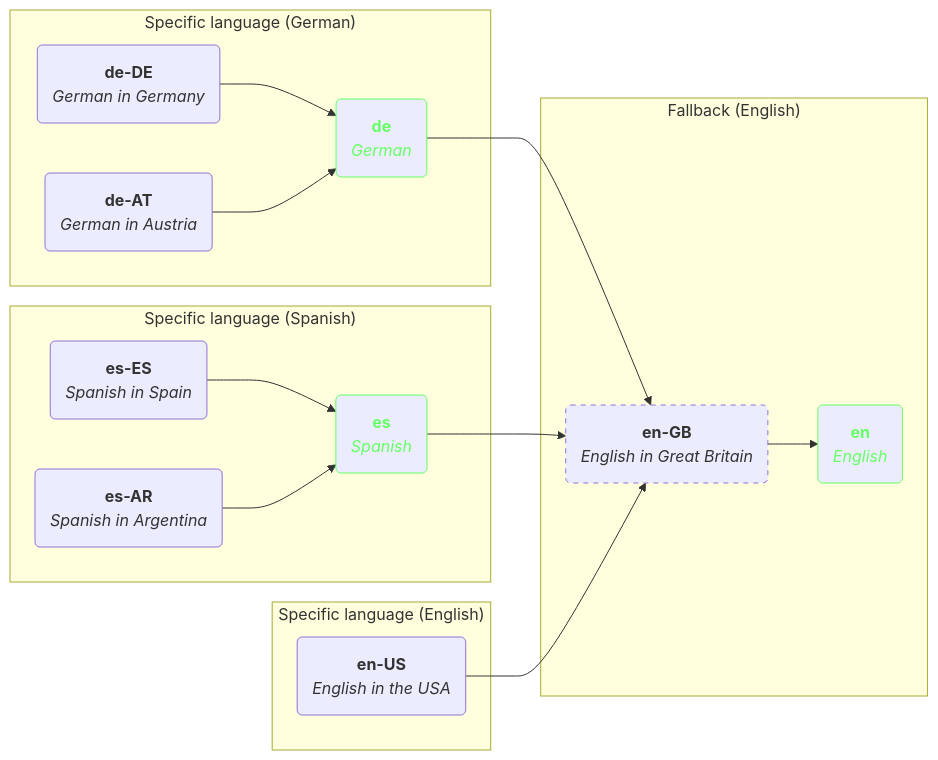
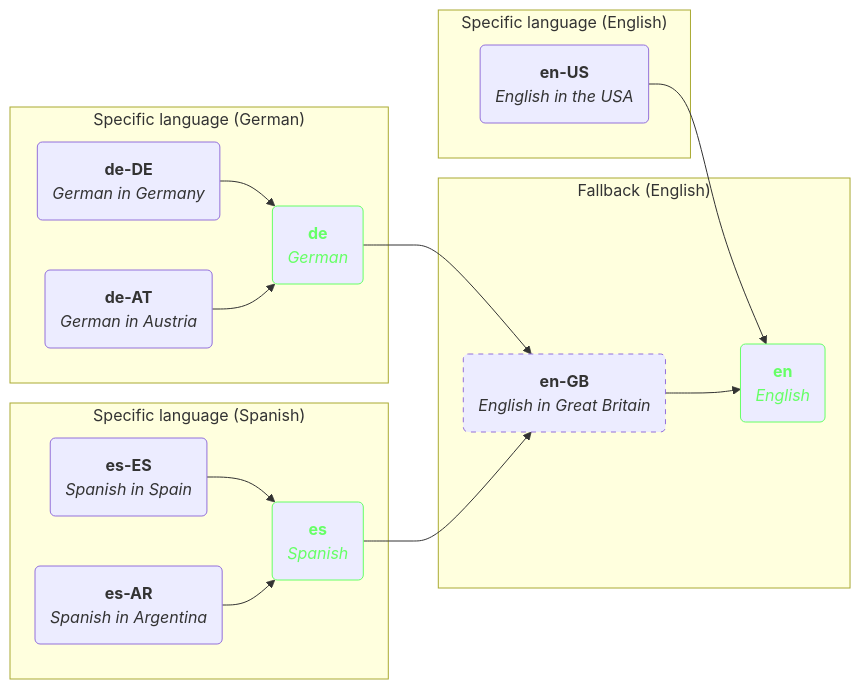
Before and after one commit to shopware/shopware: the second of 2 diagrams in adr/2025-09-01-adding-a-country-agnostic-language-layer.md, drawn with Mermaid.

Commit message:
fix markdown graph

````diff
--- a/adr/2025-09-01-adding-a-country-agnostic-language-layer.md
+++ b/adr/2025-09-01-adding-a-country-agnostic-language-layer.md
@@ -58,37 +58,37 @@
 ```mermaid
 flowchart LR
     subgraph "Specific language (German)"
         deDE("<strong>de-DE</strong><br/><em>German in Germany</em>")
         deAT("<strong>de-AT</strong><br/><em>German in Austria</em>")
         de("<strong>de</strong><br/><em>German</em>")
     end
     subgraph "Specific language (Spanish)"
         esES("<strong>es-ES</strong><br/><em>Spanish in Spain</em>")
         esAR("<strong>es-AR</strong><br/><em>Spanish in Argentina</em>")
         es("<strong>es</strong><br/><em>Spanish</em>")
     end
         subgraph "Specific language (English)"
         enUS("<strong>en-US</strong><br/><em>English in the USA</em>")
     end
     subgraph "Fallback (English)"
         enGB("<strong>en-GB</strong><br/><em>English in Great Britain</em>")
         en("<strong>en</strong><br/><em>English</em>")
     end
 
     deDE-->de
     deAT-->de
     de-->enGB
 
     esES-->es
     esAR-->es
     es-->enGB
 
-    enUS-->enGB
+    enUS-->en
     enGB-->en
 
     style de color:#6f6,stroke:#6f6
     style es color:#6f6,stroke:#6f6
     style en color:#6f6,stroke:#6f6
     
     style enGB stroke-dasharray: 5
 ```
````
